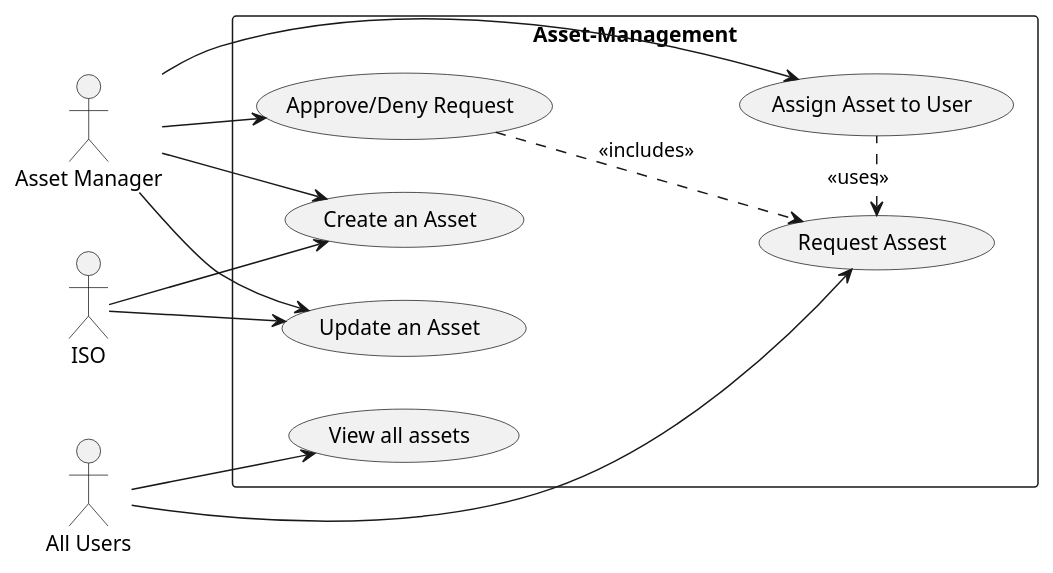
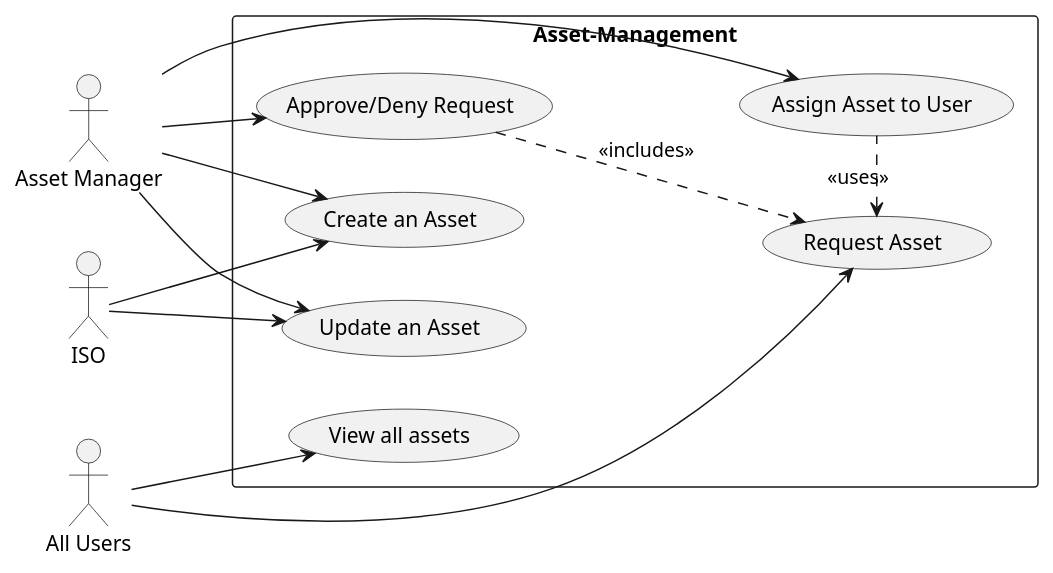
One commit to COS301-SE-2023/InfoSafe changed the diagram in Documentation/Diagrams/Asset-Management.puml. Above: the diagram before and after it, drawn with PlantUML.

Commit message:
Update Asset Management Usecase

```diff
--- a/Documentation/Diagrams/Asset-Management.puml
+++ b/Documentation/Diagrams/Asset-Management.puml
@@ -1,24 +1,24 @@
 @startuml
 left to right direction
 actor "Asset Manager" as am
 actor "ISO" as iso
 actor "All Users" as user
 rectangle Asset-Management {
   usecase "Create an Asset" as UC1
   usecase "Update an Asset" as UC2
   usecase "Assign Asset to User" as UC3
   usecase "View all assets" as UC4
-  usecase "Request Assest" as UC5
+  usecase "Request Asset" as UC5
   usecase "Approve/Deny Request" as UC6
 }
 iso --> UC1
 iso --> UC2
 am --> UC1
 am --> UC2
 am --> UC3
 am --> UC6
 user --> UC4
 user --> UC5
 UC5 <. UC3 : <<uses>>
 UC6 ..> UC5 : <<includes>>
 @enduml
```
